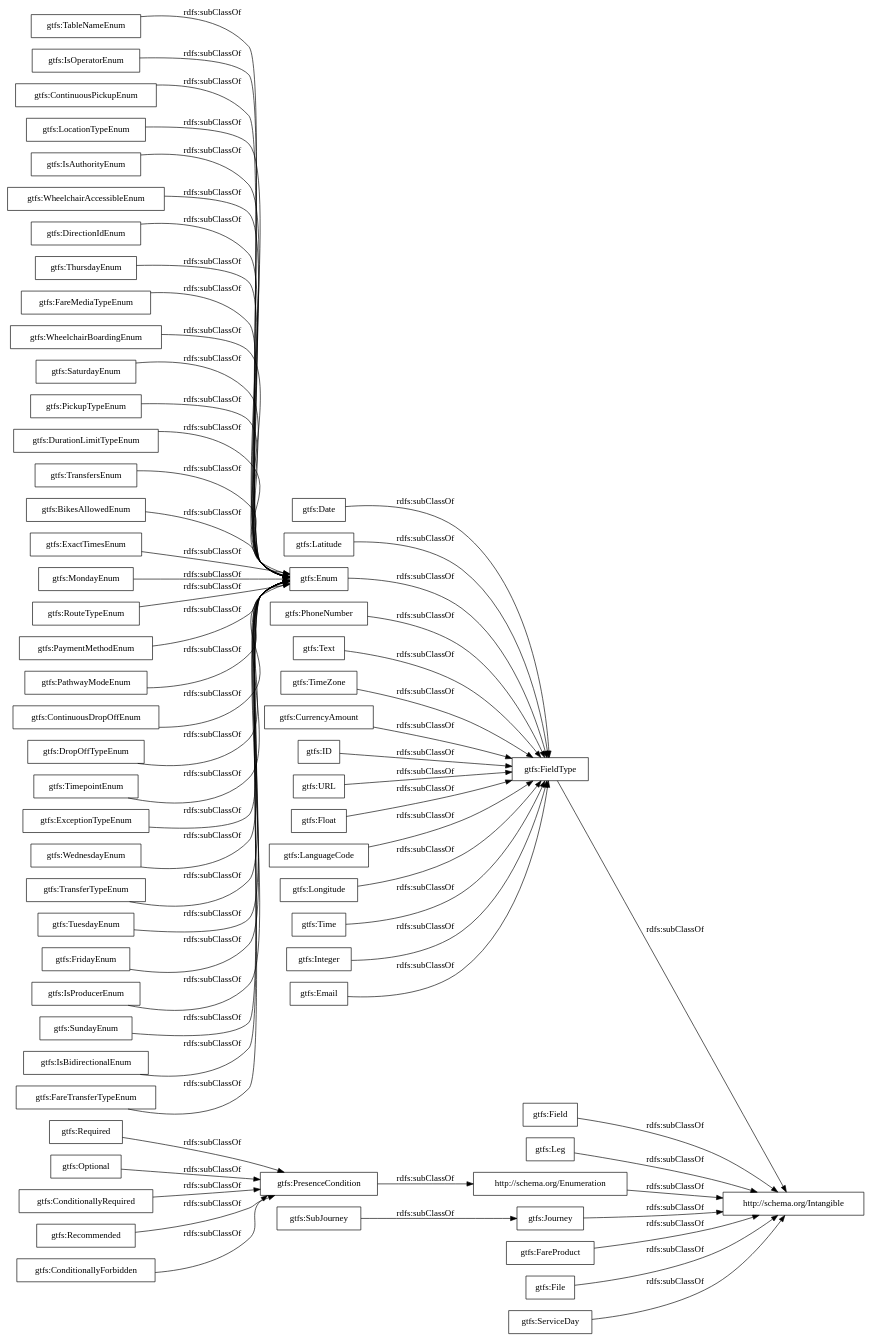
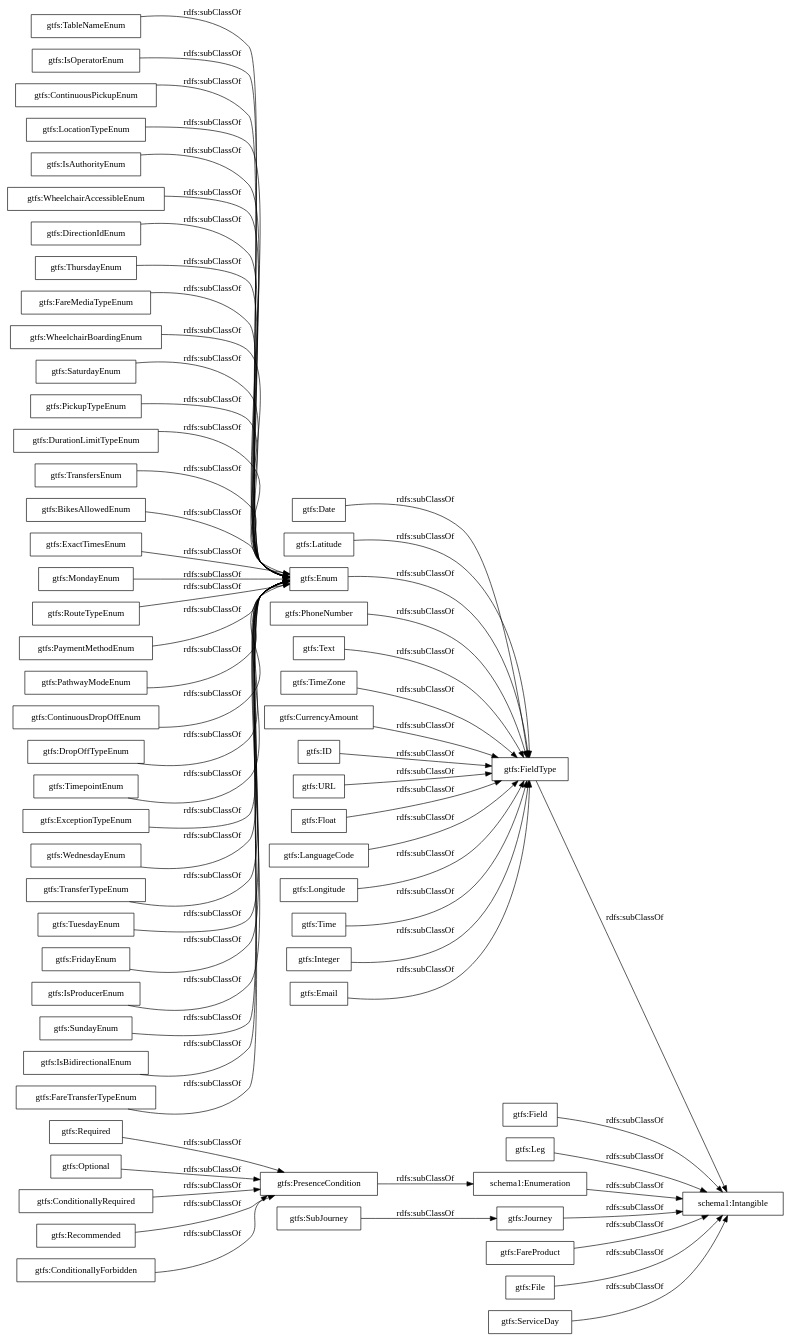
The diagram in OnToology/GTFS_base.ttl/diagrams/ar2dtool-taxonomy/GTFS_base.ttl.png.dot (UTEL-UIUC/GTFS_Ontology), drawn with Graphviz before and after one commit. The commit also changed 14 other files, not shown here.

```diff
--- a/OnToology/GTFS_base.ttl/diagrams/ar2dtool-taxonomy/GTFS_base.ttl.png.dot
+++ b/OnToology/GTFS_base.ttl/diagrams/ar2dtool-taxonomy/GTFS_base.ttl.png.dot
@@ -1,68 +1,68 @@
 digraph ar2dtool_diagram { 
 rankdir=LR;
 size="1000"
-node [shape = rectangle, color="black"]; "gtfs:Required" "gtfs:WheelchairAccessibleEnum" "gtfs:DirectionIdEnum" "http://schema.org/Intangible" "gtfs:PhoneNumber" "gtfs:ThursdayEnum" "gtfs:FareMediaTypeEnum" "gtfs:WheelchairBoardingEnum" "gtfs:SaturdayEnum" "gtfs:Text" "gtfs:PickupTypeEnum" "gtfs:DurationLimitTypeEnum" "gtfs:TransfersEnum" "gtfs:TimeZone" "gtfs:BikesAllowedEnum" "gtfs:CurrencyAmount" "gtfs:SubJourney" "gtfs:Field" "gtfs:ExactTimesEnum" "gtfs:ID" "gtfs:MondayEnum" "gtfs:RouteTypeEnum" "gtfs:Leg" "gtfs:URL" "gtfs:PaymentMethodEnum" "gtfs:PathwayModeEnum" "gtfs:Float" "gtfs:ContinuousDropOffEnum" "gtfs:DropOffTypeEnum" "http://schema.org/Enumeration" "gtfs:TimepointEnum" "gtfs:ExceptionTypeEnum" "gtfs:WednesdayEnum" "gtfs:LanguageCode" "gtfs:TransferTypeEnum" "gtfs:Longitude" "gtfs:TuesdayEnum" "gtfs:FridayEnum" "gtfs:FieldType" "gtfs:Journey" "gtfs:Optional" "gtfs:Time" "gtfs:IsProducerEnum" "gtfs:SundayEnum" "gtfs:FareProduct" "gtfs:IsBidirectionalEnum" "gtfs:FareTransferTypeEnum" "gtfs:File" "gtfs:Integer" "gtfs:ServiceDay" "gtfs:Email" "gtfs:ConditionallyRequired" "gtfs:TableNameEnum" "gtfs:IsOperatorEnum" "gtfs:ContinuousPickupEnum" "gtfs:Recommended" "gtfs:LocationTypeEnum" "gtfs:ConditionallyForbidden" "gtfs:Date" "gtfs:PresenceCondition" "gtfs:Enum" "gtfs:Latitude" "gtfs:IsAuthorityEnum" ; /*classes style*/
+node [shape = rectangle, color="black"]; "gtfs:Required" "gtfs:WheelchairAccessibleEnum" "gtfs:DirectionIdEnum" "schema1:Intangible" "gtfs:PhoneNumber" "gtfs:ThursdayEnum" "gtfs:FareMediaTypeEnum" "gtfs:WheelchairBoardingEnum" "gtfs:SaturdayEnum" "gtfs:Text" "gtfs:PickupTypeEnum" "gtfs:DurationLimitTypeEnum" "gtfs:TransfersEnum" "gtfs:TimeZone" "gtfs:BikesAllowedEnum" "gtfs:CurrencyAmount" "gtfs:SubJourney" "gtfs:Field" "gtfs:ExactTimesEnum" "gtfs:ID" "gtfs:MondayEnum" "gtfs:RouteTypeEnum" "gtfs:Leg" "gtfs:URL" "gtfs:PaymentMethodEnum" "gtfs:PathwayModeEnum" "gtfs:Float" "gtfs:ContinuousDropOffEnum" "gtfs:DropOffTypeEnum" "schema1:Enumeration" "gtfs:TimepointEnum" "gtfs:ExceptionTypeEnum" "gtfs:WednesdayEnum" "gtfs:LanguageCode" "gtfs:TransferTypeEnum" "gtfs:Longitude" "gtfs:TuesdayEnum" "gtfs:FridayEnum" "gtfs:FieldType" "gtfs:Journey" "gtfs:Optional" "gtfs:Time" "gtfs:IsProducerEnum" "gtfs:SundayEnum" "gtfs:FareProduct" "gtfs:IsBidirectionalEnum" "gtfs:FareTransferTypeEnum" "gtfs:File" "gtfs:Integer" "gtfs:ServiceDay" "gtfs:Email" "gtfs:ConditionallyRequired" "gtfs:TableNameEnum" "gtfs:IsOperatorEnum" "gtfs:ContinuousPickupEnum" "gtfs:Recommended" "gtfs:LocationTypeEnum" "gtfs:ConditionallyForbidden" "gtfs:Date" "gtfs:PresenceCondition" "gtfs:Enum" "gtfs:Latitude" "gtfs:IsAuthorityEnum" ; /*classes style*/
 	"gtfs:PhoneNumber" -> "gtfs:FieldType" [ label = "rdfs:subClassOf" ];
-	"http://schema.org/Enumeration" -> "http://schema.org/Intangible" [ label = "rdfs:subClassOf" ];
+	"schema1:Enumeration" -> "schema1:Intangible" [ label = "rdfs:subClassOf" ];
 	"gtfs:ContinuousDropOffEnum" -> "gtfs:Enum" [ label = "rdfs:subClassOf" ];
-	"gtfs:FareProduct" -> "http://schema.org/Intangible" [ label = "rdfs:subClassOf" ];
+	"gtfs:FareProduct" -> "schema1:Intangible" [ label = "rdfs:subClassOf" ];
 	"gtfs:TransfersEnum" -> "gtfs:Enum" [ label = "rdfs:subClassOf" ];
 	"gtfs:IsOperatorEnum" -> "gtfs:Enum" [ label = "rdfs:subClassOf" ];
 	"gtfs:Integer" -> "gtfs:FieldType" [ label = "rdfs:subClassOf" ];
 	"gtfs:TimeZone" -> "gtfs:FieldType" [ label = "rdfs:subClassOf" ];
 	"gtfs:ExactTimesEnum" -> "gtfs:Enum" [ label = "rdfs:subClassOf" ];
 	"gtfs:SundayEnum" -> "gtfs:Enum" [ label = "rdfs:subClassOf" ];
 	"gtfs:PaymentMethodEnum" -> "gtfs:Enum" [ label = "rdfs:subClassOf" ];
 	"gtfs:DirectionIdEnum" -> "gtfs:Enum" [ label = "rdfs:subClassOf" ];
 	"gtfs:Email" -> "gtfs:FieldType" [ label = "rdfs:subClassOf" ];
 	"gtfs:TimepointEnum" -> "gtfs:Enum" [ label = "rdfs:subClassOf" ];
 	"gtfs:DropOffTypeEnum" -> "gtfs:Enum" [ label = "rdfs:subClassOf" ];
 	"gtfs:Text" -> "gtfs:FieldType" [ label = "rdfs:subClassOf" ];
 	"gtfs:Recommended" -> "gtfs:PresenceCondition" [ label = "rdfs:subClassOf" ];
 	"gtfs:FridayEnum" -> "gtfs:Enum" [ label = "rdfs:subClassOf" ];
 	"gtfs:TableNameEnum" -> "gtfs:Enum" [ label = "rdfs:subClassOf" ];
 	"gtfs:PathwayModeEnum" -> "gtfs:Enum" [ label = "rdfs:subClassOf" ];
 	"gtfs:DurationLimitTypeEnum" -> "gtfs:Enum" [ label = "rdfs:subClassOf" ];
-	"gtfs:FieldType" -> "http://schema.org/Intangible" [ label = "rdfs:subClassOf" ];
+	"gtfs:FieldType" -> "schema1:Intangible" [ label = "rdfs:subClassOf" ];
 	"gtfs:ContinuousPickupEnum" -> "gtfs:Enum" [ label = "rdfs:subClassOf" ];
 	"gtfs:Date" -> "gtfs:FieldType" [ label = "rdfs:subClassOf" ];
 	"gtfs:WednesdayEnum" -> "gtfs:Enum" [ label = "rdfs:subClassOf" ];
 	"gtfs:IsProducerEnum" -> "gtfs:Enum" [ label = "rdfs:subClassOf" ];
 	"gtfs:TuesdayEnum" -> "gtfs:Enum" [ label = "rdfs:subClassOf" ];
 	"gtfs:CurrencyAmount" -> "gtfs:FieldType" [ label = "rdfs:subClassOf" ];
-	"gtfs:Field" -> "http://schema.org/Intangible" [ label = "rdfs:subClassOf" ];
+	"gtfs:Field" -> "schema1:Intangible" [ label = "rdfs:subClassOf" ];
 	"gtfs:LanguageCode" -> "gtfs:FieldType" [ label = "rdfs:subClassOf" ];
 	"gtfs:FareTransferTypeEnum" -> "gtfs:Enum" [ label = "rdfs:subClassOf" ];
 	"gtfs:PickupTypeEnum" -> "gtfs:Enum" [ label = "rdfs:subClassOf" ];
 	"gtfs:ThursdayEnum" -> "gtfs:Enum" [ label = "rdfs:subClassOf" ];
 	"gtfs:Required" -> "gtfs:PresenceCondition" [ label = "rdfs:subClassOf" ];
-	"gtfs:File" -> "http://schema.org/Intangible" [ label = "rdfs:subClassOf" ];
-	"gtfs:ServiceDay" -> "http://schema.org/Intangible" [ label = "rdfs:subClassOf" ];
+	"gtfs:File" -> "schema1:Intangible" [ label = "rdfs:subClassOf" ];
+	"gtfs:ServiceDay" -> "schema1:Intangible" [ label = "rdfs:subClassOf" ];
 	"gtfs:MondayEnum" -> "gtfs:Enum" [ label = "rdfs:subClassOf" ];
 	"gtfs:ID" -> "gtfs:FieldType" [ label = "rdfs:subClassOf" ];
 	"gtfs:BikesAllowedEnum" -> "gtfs:Enum" [ label = "rdfs:subClassOf" ];
 	"gtfs:ConditionallyForbidden" -> "gtfs:PresenceCondition" [ label = "rdfs:subClassOf" ];
 	"gtfs:SaturdayEnum" -> "gtfs:Enum" [ label = "rdfs:subClassOf" ];
 	"gtfs:ExceptionTypeEnum" -> "gtfs:Enum" [ label = "rdfs:subClassOf" ];
 	"gtfs:RouteTypeEnum" -> "gtfs:Enum" [ label = "rdfs:subClassOf" ];
 	"gtfs:LocationTypeEnum" -> "gtfs:Enum" [ label = "rdfs:subClassOf" ];
 	"gtfs:WheelchairBoardingEnum" -> "gtfs:Enum" [ label = "rdfs:subClassOf" ];
 	"gtfs:Time" -> "gtfs:FieldType" [ label = "rdfs:subClassOf" ];
 	"gtfs:IsBidirectionalEnum" -> "gtfs:Enum" [ label = "rdfs:subClassOf" ];
-	"gtfs:PresenceCondition" -> "http://schema.org/Enumeration" [ label = "rdfs:subClassOf" ];
+	"gtfs:PresenceCondition" -> "schema1:Enumeration" [ label = "rdfs:subClassOf" ];
 	"gtfs:IsAuthorityEnum" -> "gtfs:Enum" [ label = "rdfs:subClassOf" ];
 	"gtfs:SubJourney" -> "gtfs:Journey" [ label = "rdfs:subClassOf" ];
 	"gtfs:TransferTypeEnum" -> "gtfs:Enum" [ label = "rdfs:subClassOf" ];
-	"gtfs:Journey" -> "http://schema.org/Intangible" [ label = "rdfs:subClassOf" ];
+	"gtfs:Journey" -> "schema1:Intangible" [ label = "rdfs:subClassOf" ];
 	"gtfs:ConditionallyRequired" -> "gtfs:PresenceCondition" [ label = "rdfs:subClassOf" ];
 	"gtfs:Latitude" -> "gtfs:FieldType" [ label = "rdfs:subClassOf" ];
 	"gtfs:Float" -> "gtfs:FieldType" [ label = "rdfs:subClassOf" ];
 	"gtfs:Optional" -> "gtfs:PresenceCondition" [ label = "rdfs:subClassOf" ];
 	"gtfs:FareMediaTypeEnum" -> "gtfs:Enum" [ label = "rdfs:subClassOf" ];
-	"gtfs:Leg" -> "http://schema.org/Intangible" [ label = "rdfs:subClassOf" ];
+	"gtfs:Leg" -> "schema1:Intangible" [ label = "rdfs:subClassOf" ];
 	"gtfs:Longitude" -> "gtfs:FieldType" [ label = "rdfs:subClassOf" ];
 	"gtfs:Enum" -> "gtfs:FieldType" [ label = "rdfs:subClassOf" ];
 	"gtfs:URL" -> "gtfs:FieldType" [ label = "rdfs:subClassOf" ];
 	"gtfs:WheelchairAccessibleEnum" -> "gtfs:Enum" [ label = "rdfs:subClassOf" ];
 
 }
```
